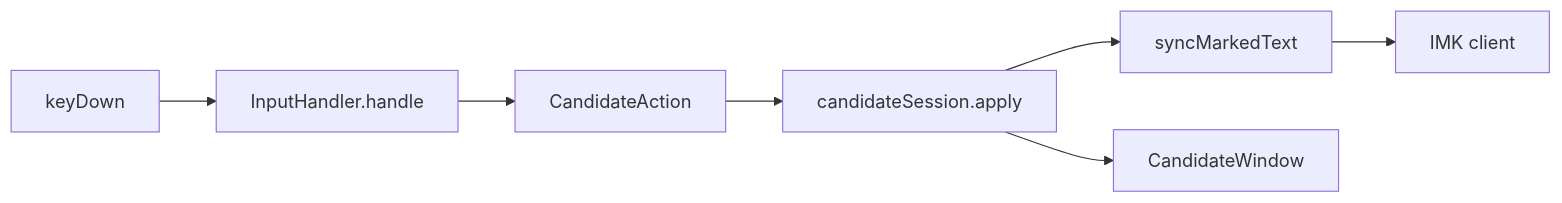
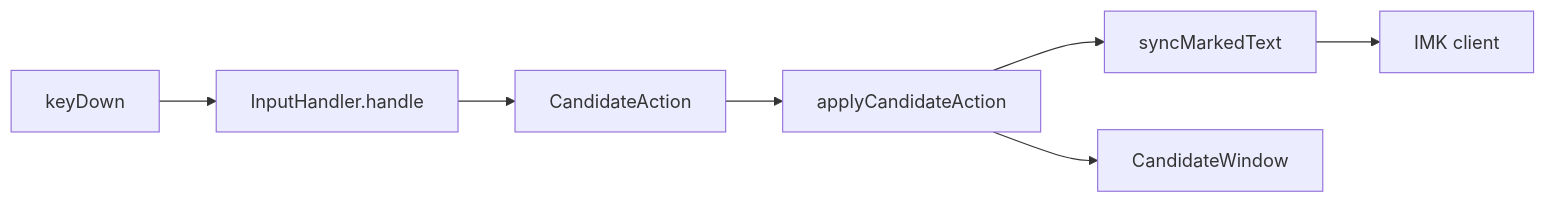
The second of 2 diagrams in docs/domain/states.md (YusukeKokubo/keynaco), drawn with Mermaid before and after one commit. The commit also changed 8 other files, not shown here.

First line of the commit message:
refactor(ime): unify candidate action side effects in InputHandler

````diff
--- a/docs/domain/states.md
+++ b/docs/domain/states.md
@@ -50,9 +50,9 @@
 ```mermaid
 flowchart LR
     KD[keyDown] --> H[InputHandler.handle]
     H --> CA[CandidateAction]
-    CA --> SA[candidateSession.apply]
-    SA --> MT[syncMarkedText]
-    SA --> CW[CandidateWindow]
+    CA --> ACA[applyCandidateAction]
+    ACA --> MT[syncMarkedText]
+    ACA --> CW[CandidateWindow]
     MT --> IMK[IMK client]
 ```
````
